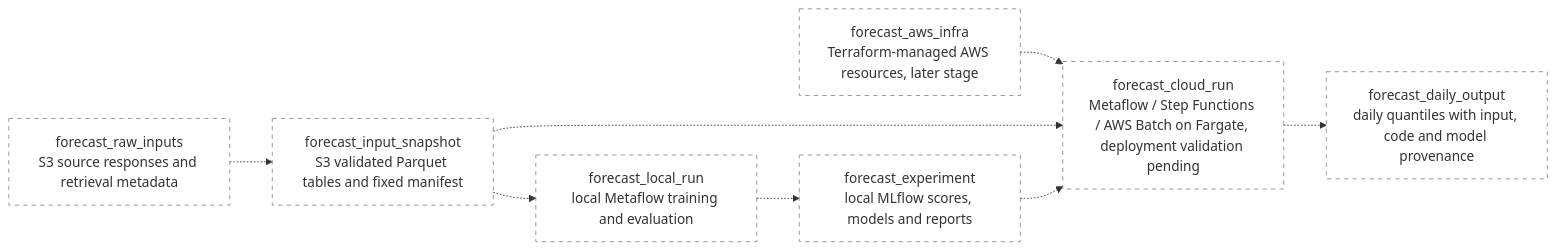
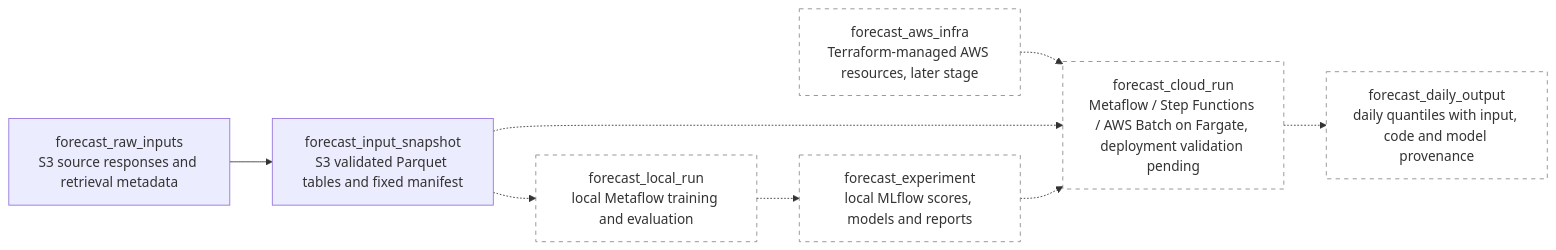
Before and after one commit to zoltanmaric/coppersushi: the diagram in wiki/price-forecasting.md, drawn with Mermaid. The commit also changed other lines of this file and 22 other files, not shown here.

````diff
--- a/wiki/price-forecasting.md
+++ b/wiki/price-forecasting.md
@@ -17,22 +17,22 @@
 ```mermaid
 flowchart LR
     classDef planned stroke-dasharray: 5 5,stroke:#888,fill:none
 
-    forecast_raw_inputs["forecast_raw_inputs<br/>S3 source responses and retrieval metadata"]:::planned
-    forecast_input_snapshot["forecast_input_snapshot<br/>S3 validated Parquet tables and fixed manifest"]:::planned
+    forecast_raw_inputs["forecast_raw_inputs<br/>S3 source responses and retrieval metadata"]
+    forecast_input_snapshot["forecast_input_snapshot<br/>S3 validated Parquet tables and fixed manifest"]
     forecast_local_run["forecast_local_run<br/>local Metaflow training and evaluation"]:::planned
     forecast_experiment["forecast_experiment<br/>local MLflow scores, models and reports"]:::planned
 
-    forecast_raw_inputs -.-> forecast_input_snapshot
+    forecast_raw_inputs --> forecast_input_snapshot
     forecast_input_snapshot -.-> forecast_local_run
     forecast_local_run -.-> forecast_experiment
 
     forecast_aws_infra["forecast_aws_infra<br/>Terraform-managed AWS resources, later stage"]:::planned
     forecast_cloud_run["forecast_cloud_run<br/>Metaflow / Step Functions / AWS Batch on Fargate, deployment validation pending"]:::planned
     forecast_daily_output["forecast_daily_output<br/>daily quantiles with input, code and model provenance"]:::planned
 
     forecast_aws_infra -.-> forecast_cloud_run
     forecast_input_snapshot -.-> forecast_cloud_run
     forecast_experiment -.-> forecast_cloud_run
     forecast_cloud_run -.-> forecast_daily_output
 ```
````
